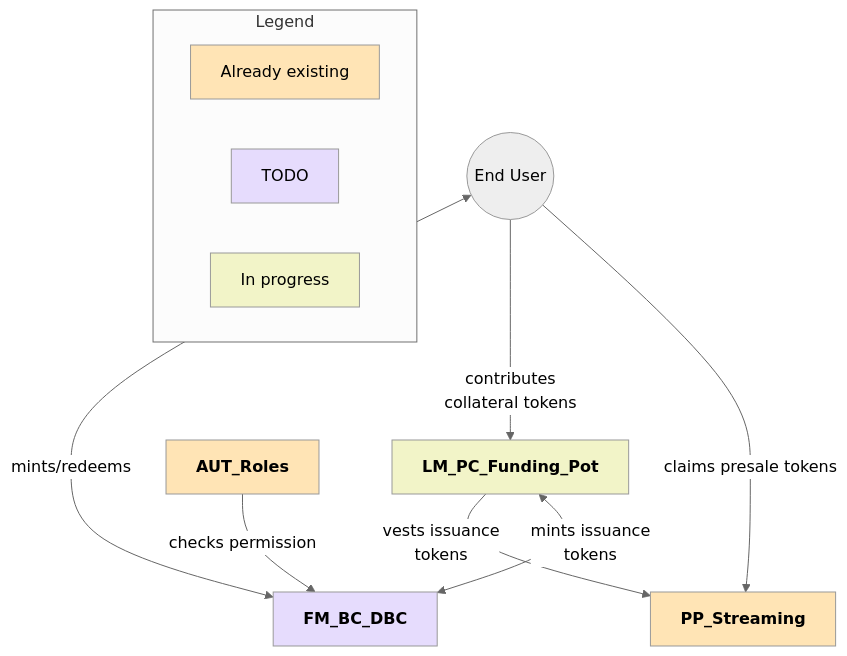
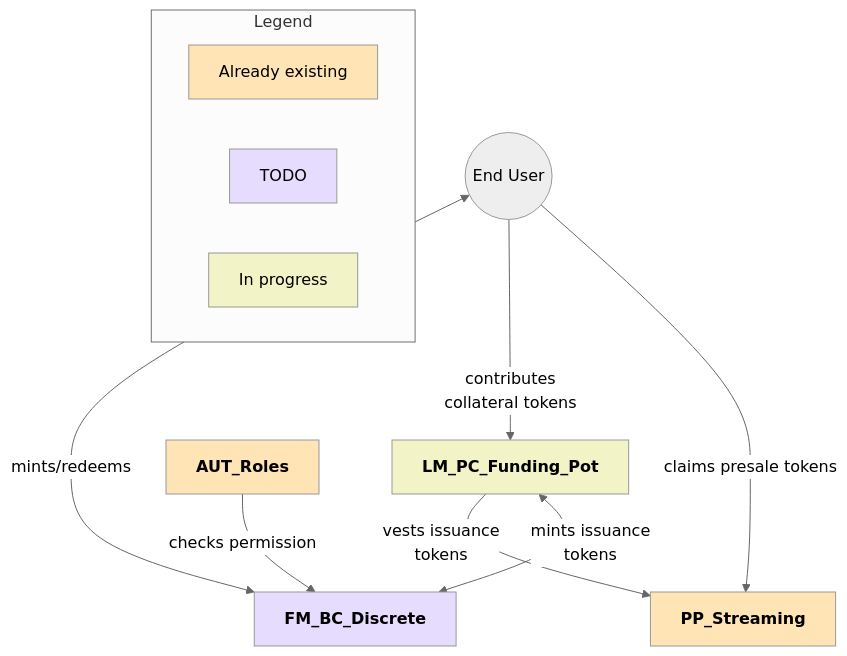
The third of 7 diagrams in context/Specs.md (InverterNetwork/contracts), drawn with Mermaid (neutral theme) before and after one commit. The commit also changed other lines of this file and 8 other files, not shown here.

Commit message:
chore: rename FM_BC_DBC => FM_BC_Discrete

````diff
--- a/context/Specs.md
+++ b/context/Specs.md
@@ -146,42 +146,42 @@
 ```mermaid
 %%{init: {'flowchart': {'curve': 'basis', 'width': 1200, 'nodeSpacing': 50, 'rankSpacing': 50}} }%%
 flowchart TD
     %% Node Definitions
     %% ---------------
     %% Core Modules
-    FM_BC_DBC["<strong>FM_BC_DBC</strong>"]
+    FM_BC_Discrete["<strong>FM_BC_Discrete</strong>"]
     LM_PC_FP["<strong>LM_PC_Funding_Pot</strong>"]
     PP["<strong>PP_Streaming</strong>"]
     AUT["<strong>AUT_Roles</strong>"]
 
     %% Actors
     User(("End User"))
 
     %% Legend Definition
     %% ----------------
     subgraph Legend
         direction LR
         Existing["Already existing"]
         Todo["TODO"]
         Prog["In progress"]
     end
 
     %% Styling
     %% -------
     classDef ex fill:#FFE4B5
     classDef todo fill:#E6DCFD
     classDef prog fill:#F2F4C8
     class Existing,AUT,PP ex
-    class Todo,FM_BC_DBC,LM_PC_FP,LM_PC_CF,LM_PC_EL,AUX_1 todo
+    class Todo,FM_BC_Discrete,LM_PC_FP,LM_PC_CF,LM_PC_EL,AUX_1 todo
     class Prog,LM_PC_FP prog
 
     %% Relationships
     %% ------------
     %% User Actions
-    User <--> |mints/redeems| FM_BC_DBC
+    User <--> |mints/redeems| FM_BC_Discrete
     User --> |contributes<br>collateral tokens| LM_PC_FP
     User --> |claims presale tokens| PP
     LM_PC_FP --> |vests issuance<br>tokens| PP
-    LM_PC_FP <--> |mints issuance<br>tokens| FM_BC_DBC
-    AUT --> | checks permission | FM_BC_DBC
+    LM_PC_FP <--> |mints issuance<br>tokens| FM_BC_Discrete
+    AUT --> | checks permission | FM_BC_Discrete
 ```
````
